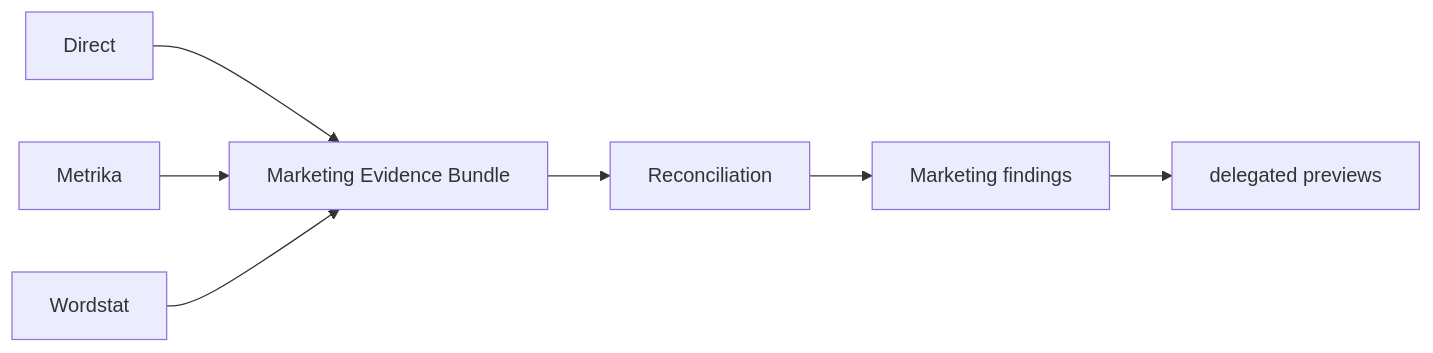
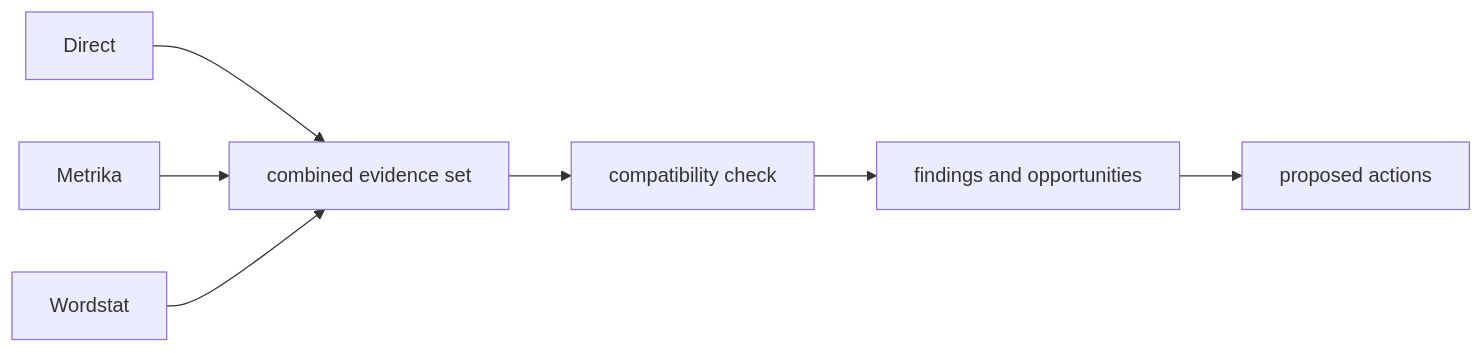
Before and after one commit to trafficolog/yandex-ai-plugins-skills: the second of 2 diagrams in README.en.md, drawn with Mermaid. The commit also changed other lines of this file and 1 other file, not shown here.

````diff
--- a/README.en.md
+++ b/README.en.md
@@ -120,9 +184,9 @@
 ```mermaid
 flowchart LR
-  D[Direct] --> B[Marketing Evidence Bundle]
+  D[Direct] --> B[combined evidence set]
   M[Metrika] --> B
   W[Wordstat] --> B
-  B --> R[Reconciliation]
-  R --> O[Marketing findings]
-  O --> P[delegated previews]
+  B --> R[compatibility check]
+  R --> O[findings and opportunities]
+  O --> P[proposed actions]
 ```
````
